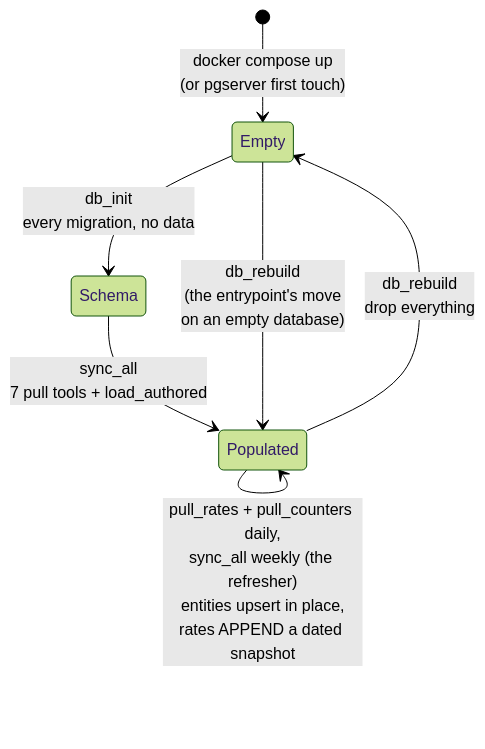
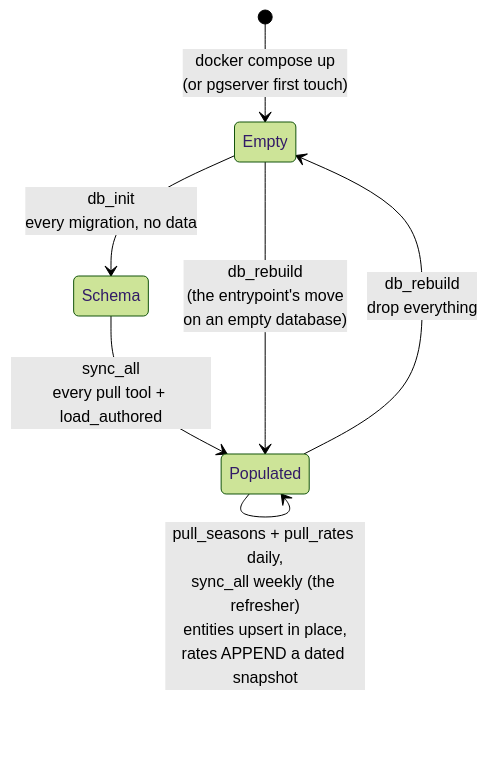
The first of 7 diagrams in docs/db.md (mmikol/counter-utility-matrix), drawn with Mermaid (forest theme) before and after one commit. The commit also changed other lines of this file and 91 other files, not shown here.

````diff
--- a/docs/db.md
+++ b/docs/db.md
@@ -140,9 +128,9 @@
 ```mermaid
 stateDiagram-v2
     [*] --> Empty: docker compose up<br/>(or pgserver first touch)
     Empty --> Schema: db_init<br/>every migration, no data
-    Schema --> Populated: sync_all<br/>7 pull tools + load_authored
+    Schema --> Populated: sync_all<br/>every pull tool + load_authored
     Empty --> Populated: db_rebuild<br/>(the entrypoint's move<br/>on an empty database)
-    Populated --> Populated: pull_rates + pull_counters daily,<br/>sync_all weekly (the refresher)<br/>entities upsert in place,<br/>rates APPEND a dated snapshot
+    Populated --> Populated: pull_seasons + pull_rates daily,<br/>sync_all weekly (the refresher)<br/>entities upsert in place,<br/>rates APPEND a dated snapshot
     Populated --> Empty: db_rebuild<br/>drop everything
 ```
````
